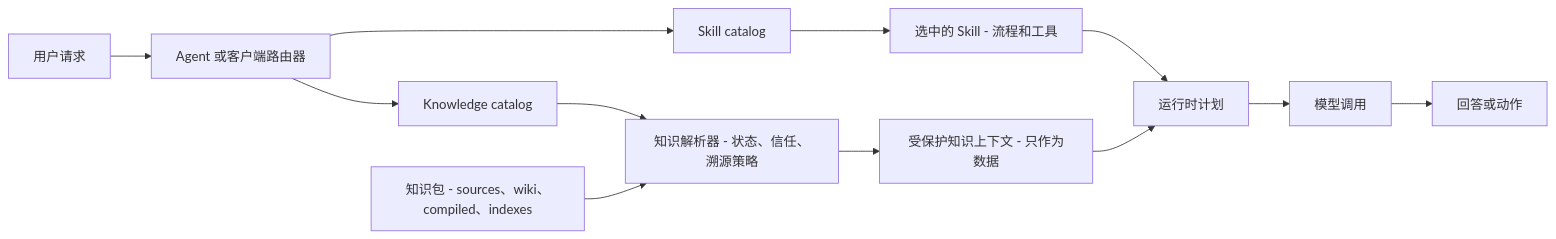
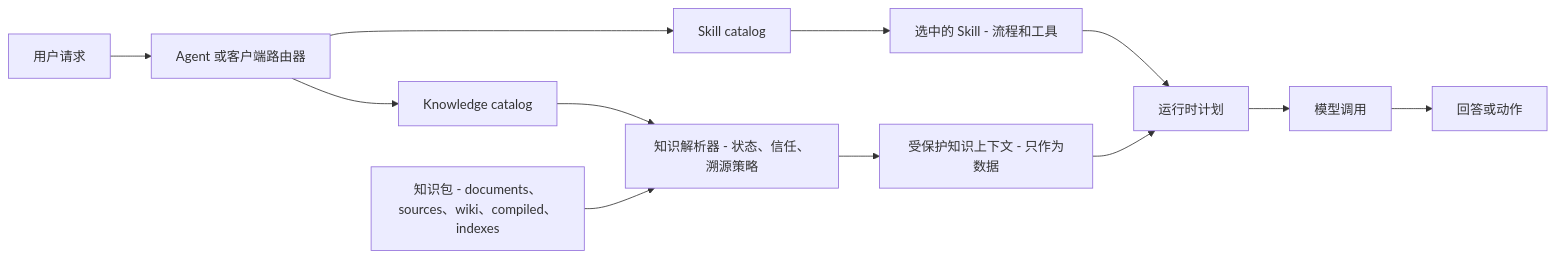
Before and after one commit to limecloud/agentknowledge: the third of 4 diagrams in docs/zh/agent-knowledge-vs-skills.md, drawn with Mermaid. The commit also changed other lines of this file and 60 other files, not shown here.

````diff
--- a/docs/zh/agent-knowledge-vs-skills.md
+++ b/docs/zh/agent-knowledge-vs-skills.md
@@ -82,14 +106,14 @@
 ```mermaid
 flowchart LR
   UserRequest["用户请求"] --> Router["Agent 或客户端路由器"]
   Router --> SkillCatalog["Skill catalog"]
   Router --> KnowledgeCatalog["Knowledge catalog"]
   SkillCatalog --> SelectedSkill["选中的 Skill - 流程和工具"]
   KnowledgeCatalog --> Resolver["知识解析器 - 状态、信任、溯源策略"]
-  KnowledgePacks["知识包 - sources、wiki、compiled、indexes"] --> Resolver
+  KnowledgePacks["知识包 - documents、sources、wiki、compiled、indexes"] --> Resolver
   Resolver --> FencedContext["受保护知识上下文 - 只作为数据"]
   SelectedSkill --> RuntimePlan["运行时计划"]
   FencedContext --> RuntimePlan
   RuntimePlan --> ModelCall["模型调用"]
   ModelCall --> Result["回答或动作"]
 ```
````
